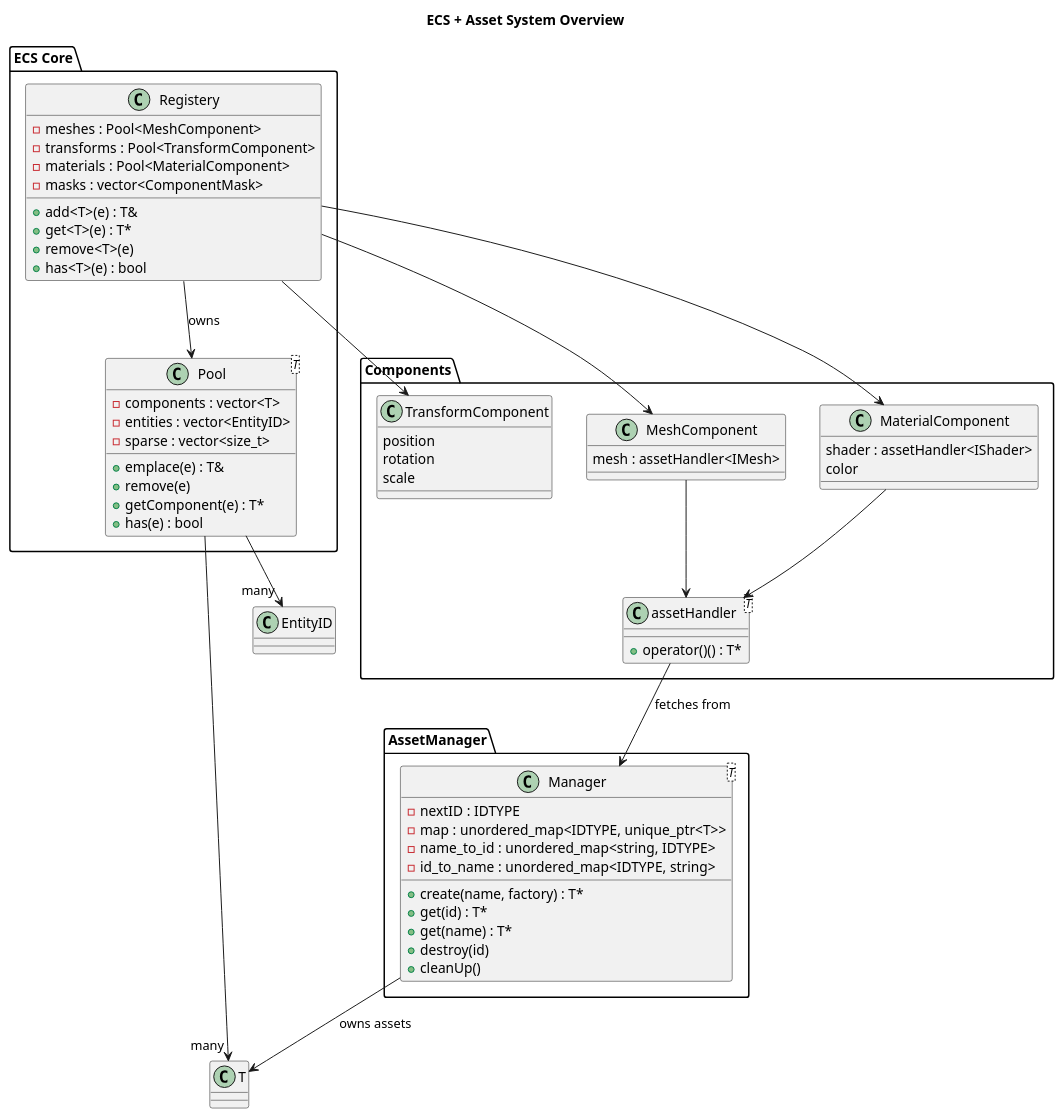
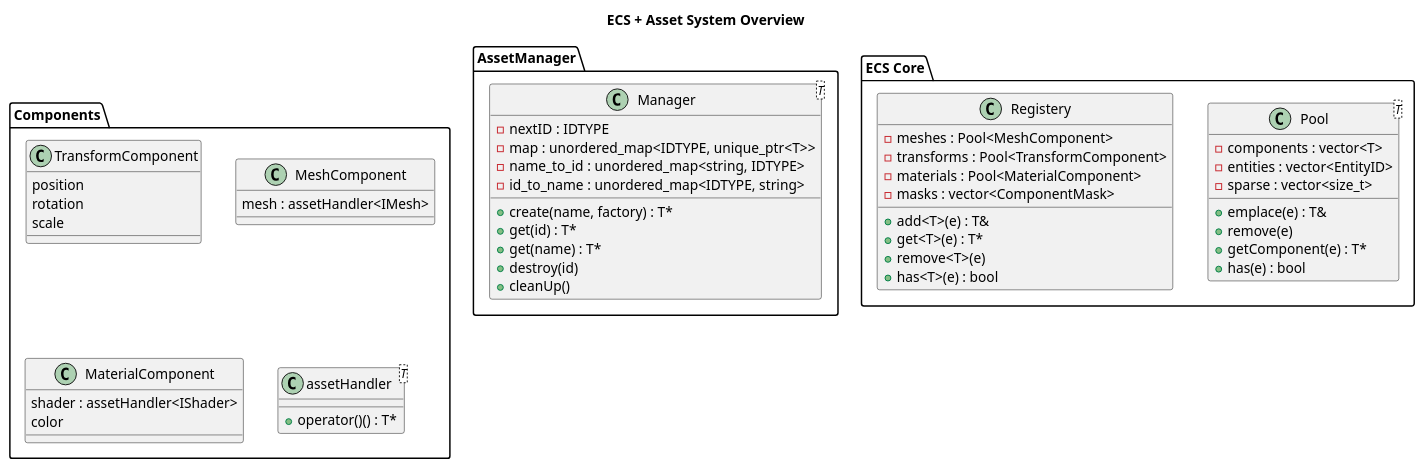
One commit to Codebreakerrr2/MyFPS changed the diagram in docs/database.puml. Above: the diagram before and after it, drawn with PlantUML. The commit also changed 7 other files, not shown here.

```diff
--- a/docs/database.puml
+++ b/docs/database.puml
@@ -1,84 +1,73 @@
 @startuml
 title ECS + Asset System Overview
 
 package "AssetManager" {
     class Manager<T> {
         - nextID : IDTYPE
         - map : unordered_map<IDTYPE, unique_ptr<T>>
         - name_to_id : unordered_map<string, IDTYPE>
         - id_to_name : unordered_map<IDTYPE, string>
 
         + create(name, factory) : T*
         + get(id) : T*
         + get(name) : T*
         + destroy(id)
         + cleanUp()
     }
 }
 
 package "ECS Core" {
 
     class Pool<T> {
         - components : vector<T>
         - entities : vector<EntityID>
         - sparse : vector<size_t>
 
         + emplace(e) : T&
         + remove(e)
         + getComponent(e) : T*
         + has(e) : bool
     }
 
     class Registery {
         - meshes : Pool<MeshComponent>
         - transforms : Pool<TransformComponent>
         - materials : Pool<MaterialComponent>
         - masks : vector<ComponentMask>
 
         + add<T>(e) : T&
         + get<T>(e) : T*
         + remove<T>(e)
         + has<T>(e) : bool
     }
 }
 
 package "Components" {
 
     class TransformComponent {
         position
         rotation
         scale
     }
 
     class MeshComponent {
         mesh : assetHandler<IMesh>
     }
 
     class MaterialComponent {
         shader : assetHandler<IShader>
         color
     }
 
     class assetHandler<T> {
         + operator()() : T*
     }
 }
 
-'================ RELATIONS =================
+ ' -------------------------
+    ' Beziehungen
+    ' -------------------------
 
-Registery --> Pool : owns
-Pool --> "many" EntityID
-Pool --> "many" T
 
-Registery --> TransformComponent
-Registery --> MeshComponent
-Registery --> MaterialComponent
-
-MeshComponent --> assetHandler
-MaterialComponent --> assetHandler
-
-assetHandler --> Manager : fetches from
-
-Manager --> T : owns assets
 
 @enduml
```
